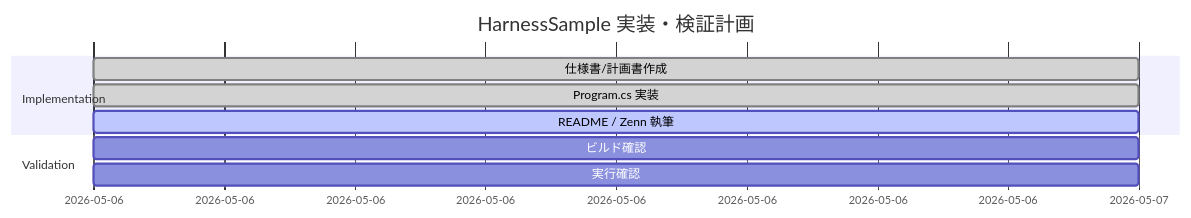
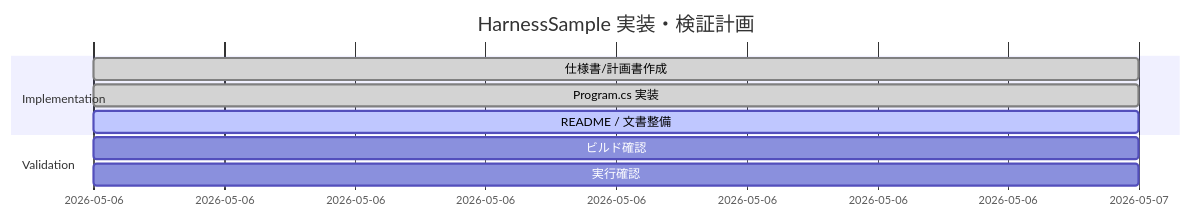
Before and after one commit to yy7613/HarnessSample: the second of 2 diagrams in docs/harness-sample-plan.md, drawn with Mermaid. The commit also changed other lines of this file and 3 other files, not shown here.

````diff
--- a/docs/harness-sample-plan.md
+++ b/docs/harness-sample-plan.md
@@ -58,12 +58,12 @@
 ```mermaid
 gantt
     title HarnessSample 実装・検証計画
     dateFormat  YYYY-MM-DD
     section Implementation
     仕様書/計画書作成           :done, a1, 2026-05-06, 1d
     Program.cs 実装            :done, a2, 2026-05-06, 1d
-    README / Zenn 執筆         :active, a3, 2026-05-06, 1d
+    README / 文書整備          :active, a3, 2026-05-06, 1d
     section Validation
     ビルド確認                  :a4, 2026-05-06, 1d
     実行確認                    :a5, 2026-05-06, 1d
 ```
````
